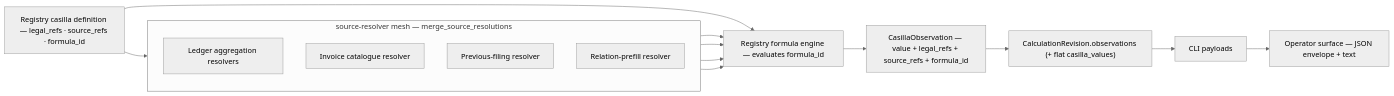
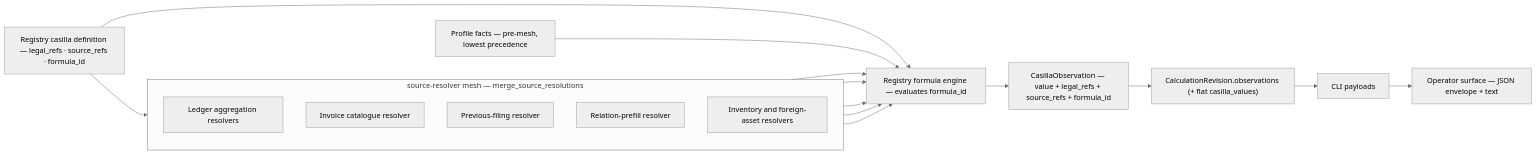
The fourth of 5 diagrams in docs/architecture/index.md (nevenincs/cadrumo), drawn with Mermaid (neutral theme) before and after one commit. The commit also changed other lines of this file and 2502 other files, not shown here.

````diff
--- a/docs/architecture/index.md
+++ b/docs/architecture/index.md
@@ -239,23 +245,27 @@
 ```mermaid
 flowchart LR
     DEF["Registry casilla definition — legal_refs · source_refs · formula_id"]
     subgraph mesh["source-resolver mesh — merge_source_resolutions"]
         direction TB
         R1["Ledger aggregation resolvers"]
         R2["Invoice catalogue resolver"]
         R3["Previous-filing resolver"]
         R4["Relation-prefill resolver"]
+        R5["Inventory and foreign-asset resolvers"]
     end
     ENG["Registry formula engine — evaluates formula_id"]
     OBS["CasillaObservation — value + legal_refs + source_refs + formula_id"]
     REV["CalculationRevision.observations (+ flat casilla_values)"]
     PAY["CLI payloads"]
     OPS["Operator surface — JSON envelope + text"]
+    PRO["Profile facts — pre-mesh, lowest precedence"]
     DEF --> ENG
     DEF --> mesh
+    PRO --> ENG
     R1 --> ENG
     R2 --> ENG
     R3 --> ENG
     R4 --> ENG
+    R5 --> ENG
     ENG --> OBS --> REV --> PAY --> OPS
 ```
````
